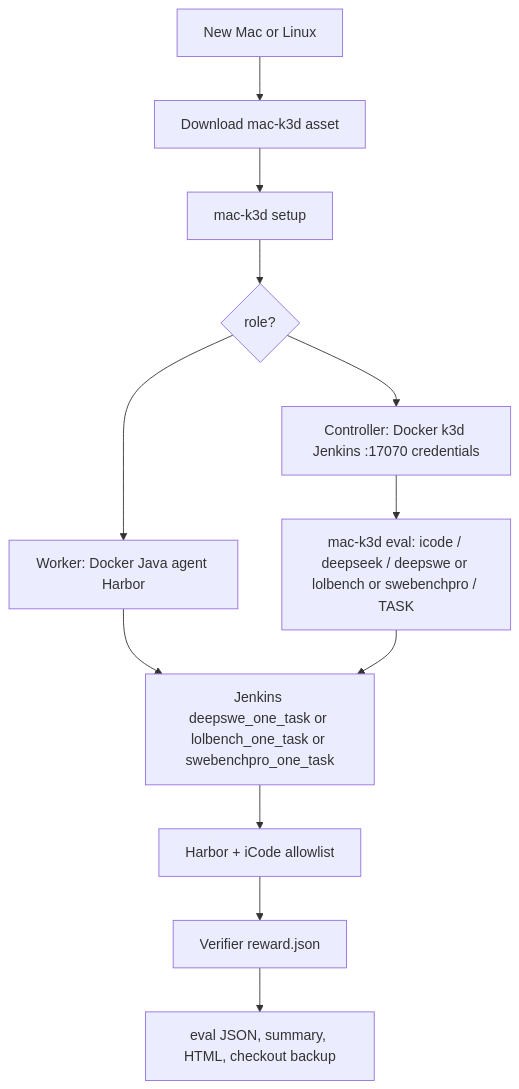
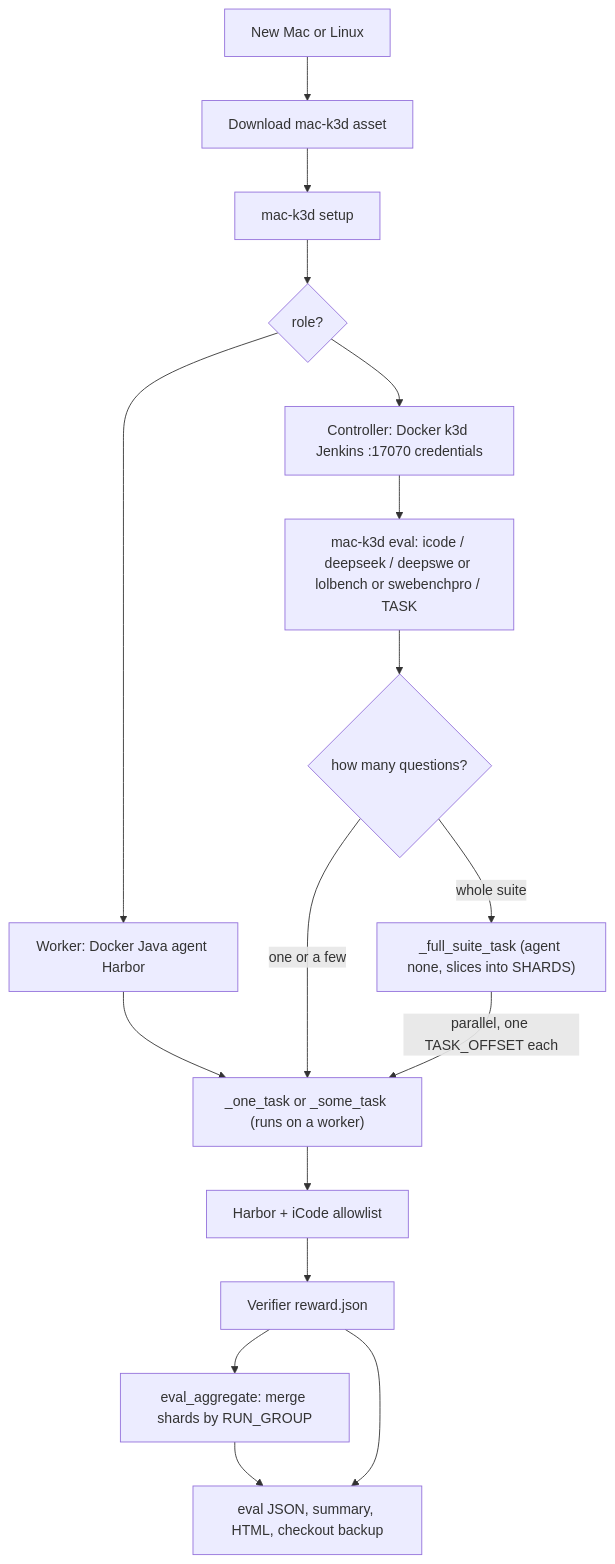
One commit to Toby-Yu/mac-k3d changed the diagram in docs/workflow.md. Above: the diagram before and after it, drawn with Mermaid. The commit also changed other lines of this file and 43 other files, not shown here.

````diff
--- a/docs/workflow.md
+++ b/docs/workflow.md
@@ -39,24 +42,32 @@
 ```mermaid
 flowchart TD
   newHost["New Mac or Linux"]
   bin["Download mac-k3d asset"]
   setup["mac-k3d setup"]
   role{"role?"}
   ctrl["Controller: Docker k3d Jenkins :17070 credentials"]
   work["Worker: Docker Java agent Harbor"]
   evalCli["mac-k3d eval: icode / deepseek / deepswe or lolbench or swebenchpro / TASK"]
-  job["Jenkins deepswe_one_task or lolbench_one_task or swebenchpro_one_task"]
+  shape{"how many questions?"}
+  job["<benchmark>_one_task or _some_task (runs on a worker)"]
+  disp["<benchmark>_full_suite_task (agent none, slices into SHARDS)"]
   harborA["Harbor + iCode allowlist"]
   grade["Verifier reward.json"]
+  agg["eval_aggregate: merge shards by RUN_GROUP"]
   json["eval JSON, summary, HTML, checkout backup"]
 
   newHost --> bin --> setup --> role
   role --> ctrl
   role --> work
   ctrl --> evalCli
   work --> job
-  evalCli --> job
+  evalCli --> shape
+  shape -->|one or a few| job
+  shape -->|whole suite| disp
+  disp -->|parallel, one TASK_OFFSET each| job
   job --> harborA
   harborA --> grade
+  grade --> agg
+  agg --> json
   grade --> json
 ```
````
